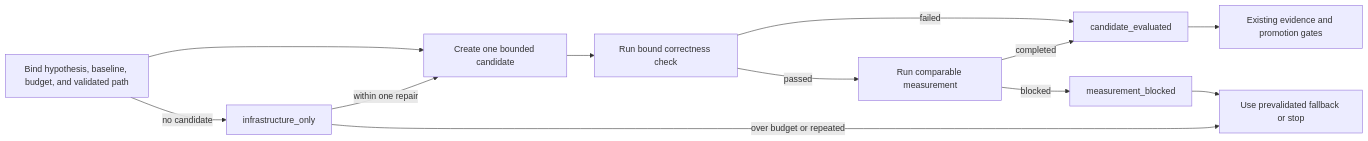
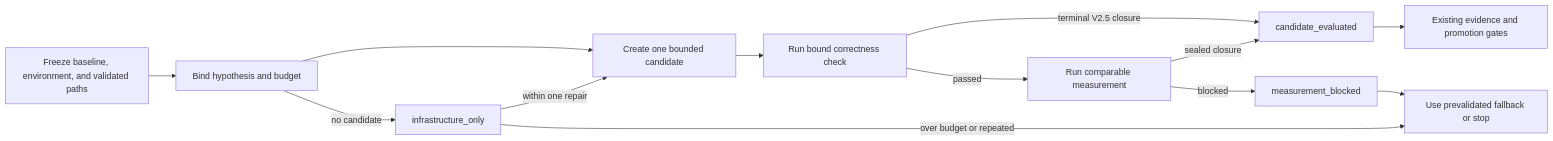
Before and after one commit to troycheng/cuda-optimized-skill: the diagram in docs/superpowers/specs/2026-07-18-v2-6-performance-first-design.md, drawn with Mermaid. The commit also changed other lines of this file and 19 other files, not shown here.

Commit message:
fix: bind performance rounds to sealed evidence

````diff
--- a/docs/superpowers/specs/2026-07-18-v2-6-performance-first-design.md
+++ b/docs/superpowers/specs/2026-07-18-v2-6-performance-first-design.md
@@ -116,14 +119,15 @@
 ```mermaid
 flowchart LR
-    hypothesis["Bind hypothesis, baseline, budget, and validated path"] --> candidate["Create one bounded candidate"]
+    anchor["Freeze baseline, environment, and validated paths"] --> hypothesis["Bind hypothesis and budget"]
+    hypothesis --> candidate["Create one bounded candidate"]
     candidate --> correctness["Run bound correctness check"]
-    correctness -->|"failed"| evaluated["candidate_evaluated"]
+    correctness -->|"terminal V2.5 closure"| evaluated["candidate_evaluated"]
     correctness -->|"passed"| timing["Run comparable measurement"]
-    timing -->|"completed"| evaluated
+    timing -->|"sealed closure"| evaluated
     timing -->|"blocked"| blocked["measurement_blocked"]
     hypothesis -->|"no candidate"| infra["infrastructure_only"]
     blocked --> fallback["Use prevalidated fallback or stop"]
     infra -->|"within one repair"| candidate
     infra -->|"over budget or repeated"| fallback
     evaluated --> existing["Existing evidence and promotion gates"]
 ```
````
